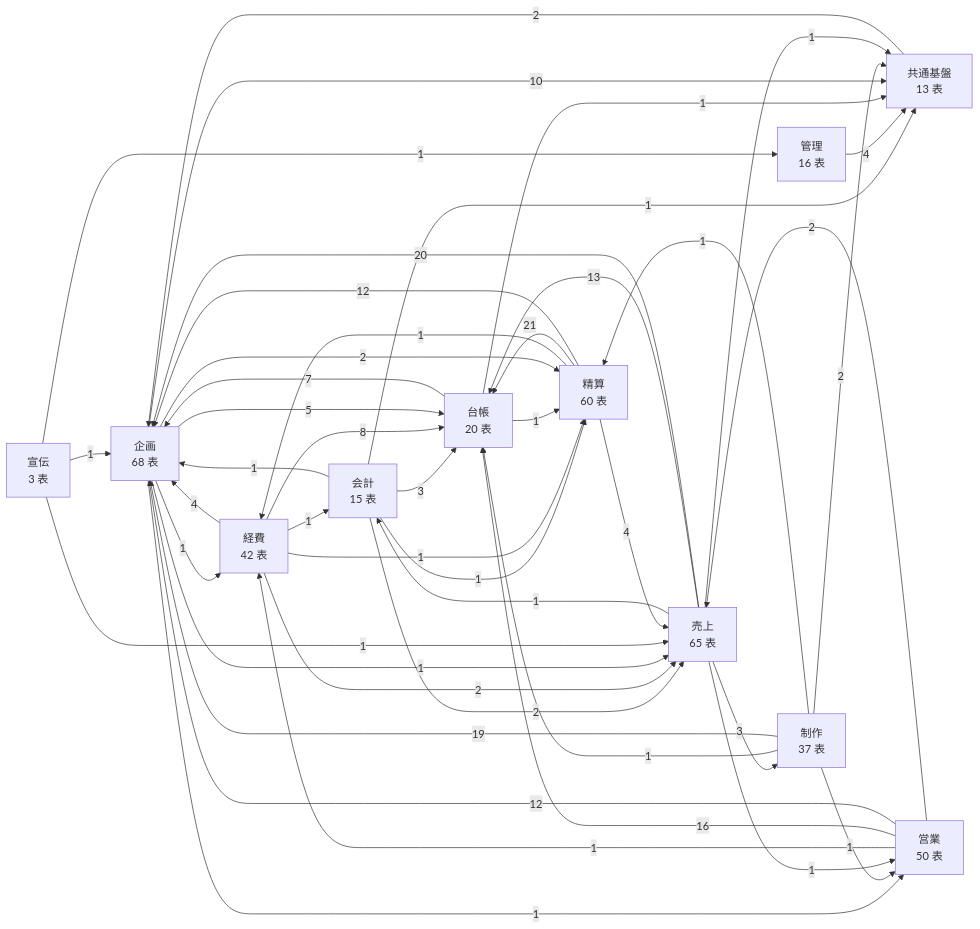
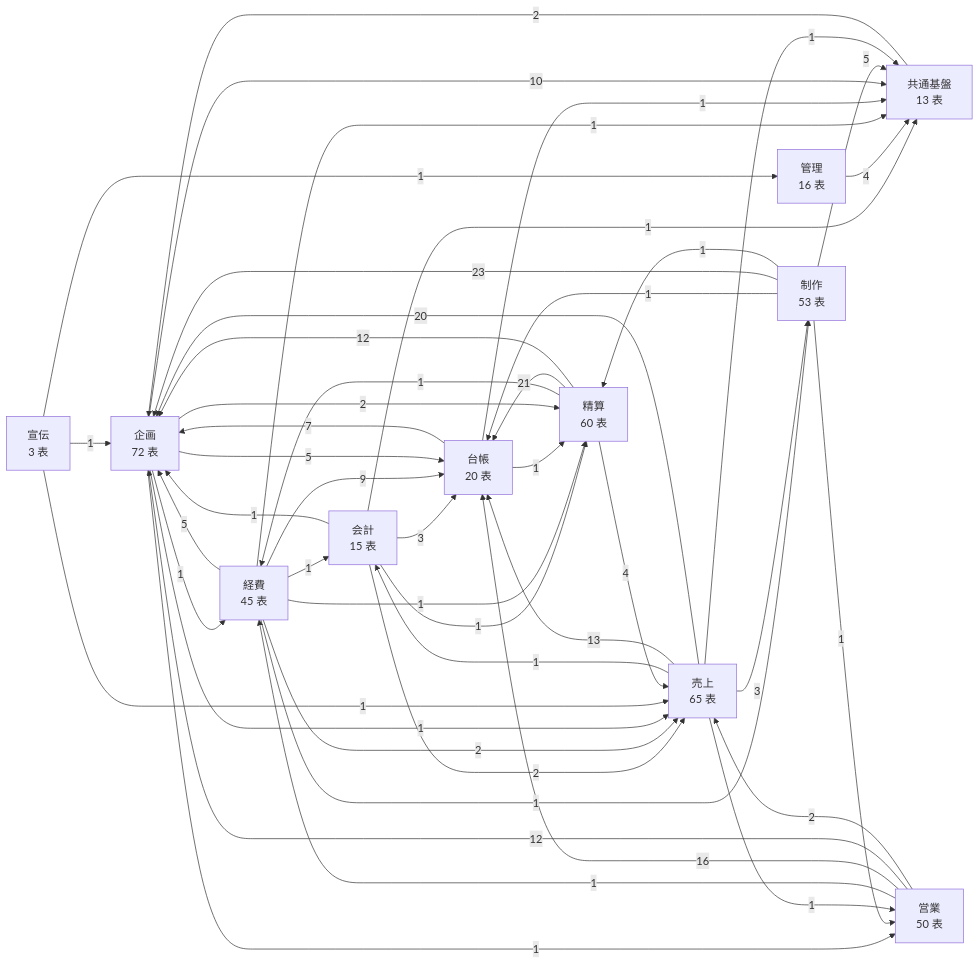
One commit to kaiitaaa1982-maker/openingnight-feature-film-integrated-system changed the diagram in apps/integrated-prototype/docs/database/README.md. Above: the diagram before and after it, drawn with Mermaid. The commit also changed other lines of this file and 244 other files, not shown here.

````diff
--- a/apps/integrated-prototype/docs/database/README.md
+++ b/apps/integrated-prototype/docs/database/README.md
@@ -104,57 +111,59 @@
 ```mermaid
 flowchart LR
-  planning["企画<br/>68 表"]
-  production["制作<br/>37 表"]
+  planning["企画<br/>72 表"]
+  production["制作<br/>53 表"]
   sales["営業<br/>50 表"]
   publicity["宣伝<br/>3 表"]
   revenue["売上<br/>65 表"]
-  expenses["経費<br/>42 表"]
+  expenses["経費<br/>45 表"]
   settlement["精算<br/>60 表"]
   accounting["会計<br/>15 表"]
   ledger["台帳<br/>20 表"]
   core["共通基盤<br/>13 表"]
   admin["管理<br/>16 表"]
   accounting -->|1| core
   accounting -->|3| ledger
   accounting -->|1| planning
   accounting -->|2| revenue
   accounting -->|1| settlement
   admin -->|4| core
   core -->|2| planning
   expenses -->|1| accounting
-  expenses -->|8| ledger
-  expenses -->|4| planning
+  expenses -->|1| core
+  expenses -->|9| ledger
+  expenses -->|5| planning
+  expenses -->|1| production
   expenses -->|2| revenue
   expenses -->|1| settlement
   ledger -->|1| core
   ledger -->|7| planning
   ledger -->|1| settlement
   planning -->|10| core
   planning -->|1| expenses
   planning -->|5| ledger
   planning -->|1| revenue
   planning -->|1| sales
   planning -->|2| settlement
-  production -->|2| core
+  production -->|5| core
   production -->|1| ledger
-  production -->|19| planning
+  production -->|23| planning
   production -->|1| sales
   production -->|1| settlement
   publicity -->|1| admin
   publicity -->|1| planning
   publicity -->|1| revenue
   revenue -->|1| accounting
   revenue -->|1| core
   revenue -->|13| ledger
   revenue -->|20| planning
   revenue -->|3| production
   revenue -->|1| sales
   sales -->|1| expenses
   sales -->|16| ledger
   sales -->|12| planning
   sales -->|2| revenue
   settlement -->|1| expenses
   settlement -->|21| ledger
   settlement -->|12| planning
   settlement -->|4| revenue
 ```
````
